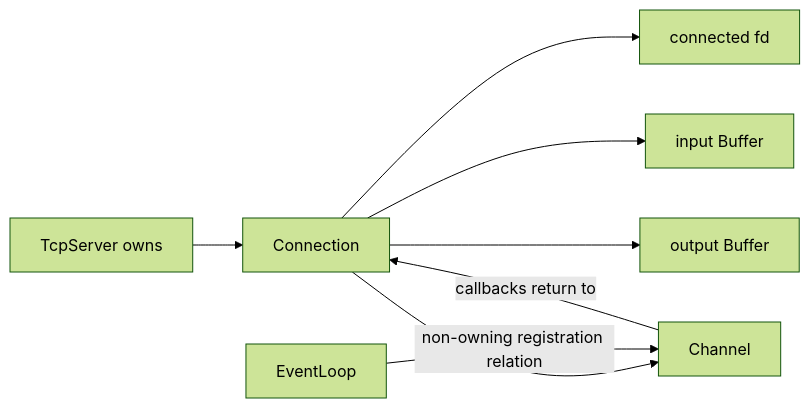
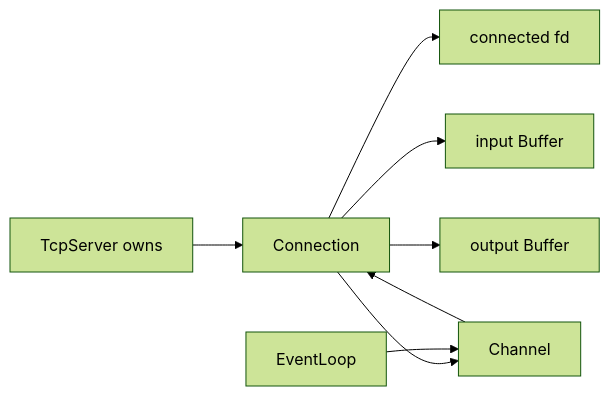
One commit to FxorG00/system-learning-notes changed the fourth of 4 diagrams in week10/day2/day2.md. Above: the diagram before and after it, drawn with Mermaid (forest theme). The commit also changed other lines of this file and 1 other file, not shown here.

Commit message:
Fix Day2 Mermaid compatibility

````diff
--- a/week10/day2/day2.md
+++ b/week10/day2/day2.md
@@ -905,10 +905,10 @@
 ```mermaid
 flowchart LR
-    S[TcpServer owns] --> CO[Connection]
-    CO --> FD[connected fd]
-    CO --> CH[Channel]
-    CO --> BI[input Buffer]
-    CO --> BO[output Buffer]
-    CH -->|callbacks return to| CO
-    EL[EventLoop] -->|non-owning registration relation| CH
+    S["TcpServer owns"] --> CO["Connection"]
+    CO --> FD["connected fd"]
+    CO --> CH["Channel"]
+    CO --> BI["input Buffer"]
+    CO --> BO["output Buffer"]
+    CH --> CO
+    EL["EventLoop"] --> CH
 ```
````
